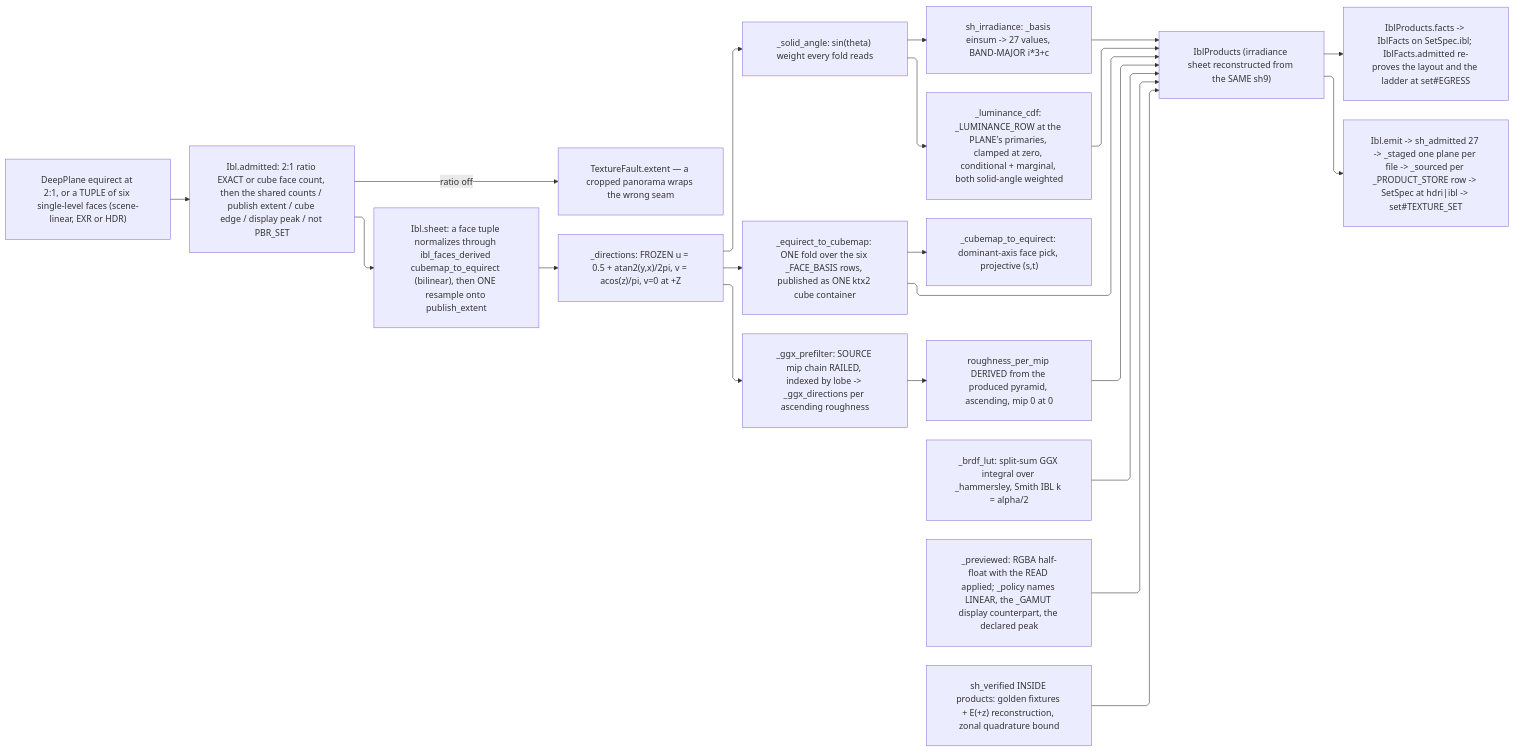
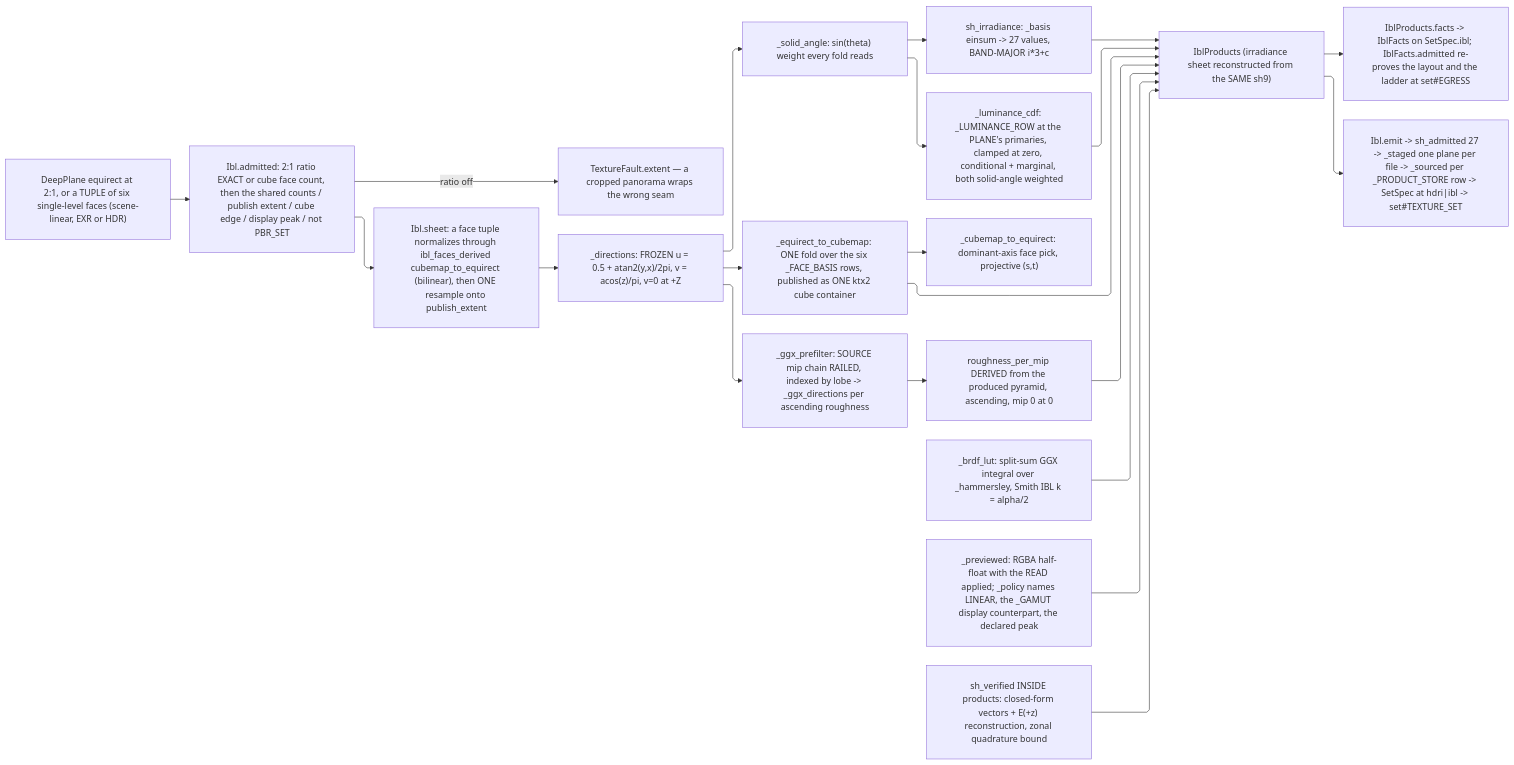
Before and after one commit to bsamiee/Rasm: the diagram in libs/python/artifacts/.planning/graphic/texture/ibl.md, drawn with Mermaid. The commit also changed other lines of this file and 1958 other files, not shown here.

````diff
--- a/libs/python/artifacts/.planning/graphic/texture/ibl.md
+++ b/libs/python/artifacts/.planning/graphic/texture/ibl.md
@@ -697,32 +697,32 @@
 ```mermaid
 ---
 config:
   layout: elk
   flowchart:
     curve: linear
     padding: 25
 ---
 flowchart LR
     accTitle: Image-based lighting flow
     accDescr: A scene-linear equirect plane admitted at exact 2:1 ratio and resampled onto the declared publish grid, mapped to directions under the frozen equirect law with solid-angle weights, folded into the SH9 irradiance bands, prefiltered into the GGX roughness pyramid beside the BRDF LUT and the primaries-keyed luminance CDF, projected into the cube container and the gain-map preview, and assembled into IblProducts.
     Src["DeepPlane equirect at 2:1, or a TUPLE of six single-level faces (scene-linear, EXR or HDR)"] --> Adm["Ibl.admitted: 2:1 ratio EXACT or cube face count, then the shared counts / publish extent / cube edge / display peak / not PBR_SET"]
     Adm --> Sheet["Ibl.sheet: a face tuple normalizes through ibl_faces_derived cubemap_to_equirect (bilinear), then ONE resample onto publish_extent"]
     Adm -->|"ratio off"| F["TextureFault.extent — a cropped panorama wraps the wrong seam"]
     Sheet --> Dirs["_directions: FROZEN u = 0.5 + atan2(y,x)/2pi, v = acos(z)/pi, v=0 at +Z"]
     Dirs --> SA["_solid_angle: sin(theta) weight every fold reads"]
     SA --> SH["sh_irradiance: _basis einsum -> 27 values, BAND-MAJOR i*3+c"]
     SA --> CDF["_luminance_cdf: _LUMINANCE_ROW at the PLANE's primaries, clamped at zero, conditional + marginal, both solid-angle weighted"]
     Dirs --> Cube["_equirect_to_cubemap: ONE fold over the six _FACE_BASIS rows, published as ONE ktx2 cube container"]
     Cube --> Inv["_cubemap_to_equirect: dominant-axis face pick, projective (s,t)"]
     Dirs --> Pre["_ggx_prefilter: SOURCE mip chain RAILED, indexed by lobe -> _ggx_directions per ascending roughness"]
     Pre --> Lad["roughness_per_mip DERIVED from the produced pyramid, ascending, mip 0 at 0"]
     BRDF["_brdf_lut: split-sum GGX integral over _hammersley, Smith IBL k = alpha/2"] --> Prod
     SH --> Prod["IblProducts (irradiance sheet reconstructed from the SAME sh9)"]
     CDF --> Prod
     Lad --> Prod
     Cube --> Prod
     Pv["_previewed: RGBA half-float with the READ applied; _policy names LINEAR, the _GAMUT display counterpart, the declared peak"] --> Prod
-    Gold["sh_verified INSIDE products: golden fixtures + E(+z) reconstruction, zonal quadrature bound"] --> Prod
+    Ver["sh_verified INSIDE products: closed-form vectors + E(+z) reconstruction, zonal quadrature bound"] --> Prod
     Prod --> Entry["IblProducts.facts -> IblFacts on SetSpec.ibl; IblFacts.admitted re-proves the layout and the ladder at set#EGRESS"]
     Prod --> Emit["Ibl.emit -> sh_admitted 27 -> _staged one plane per file -> _sourced per _PRODUCT_STORE row -> SetSpec at hdri|ibl -> set#TEXTURE_SET"]
 ```
````
